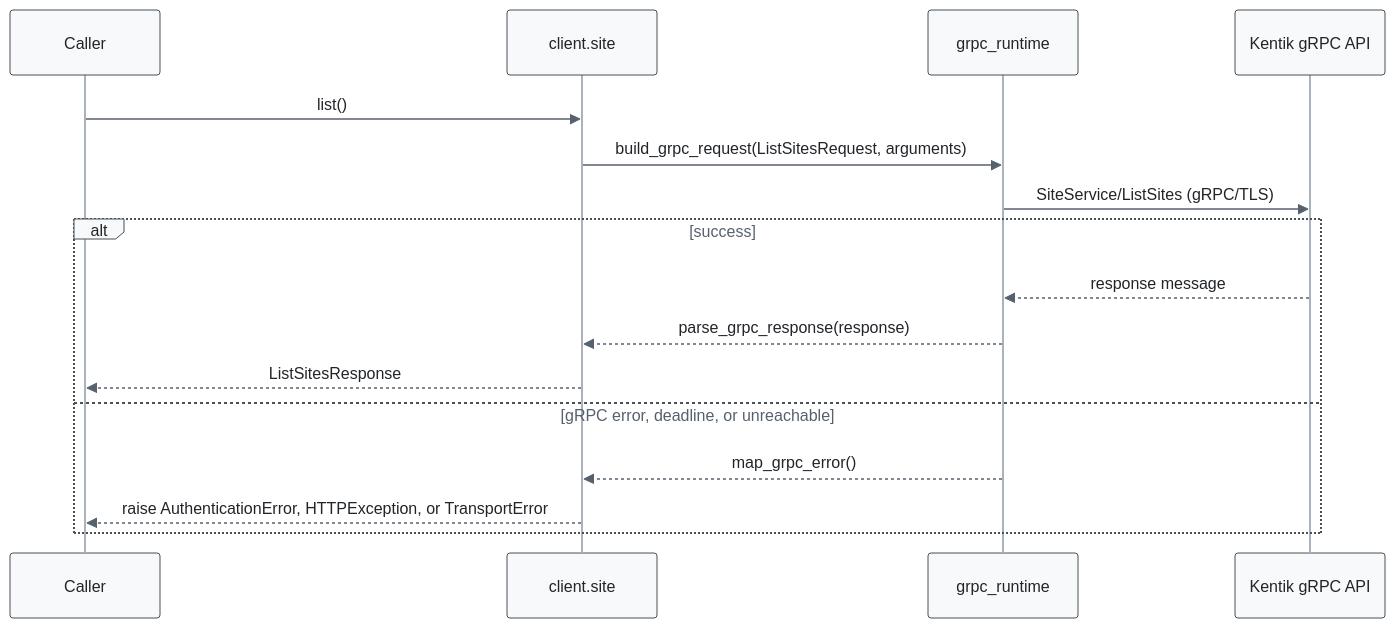
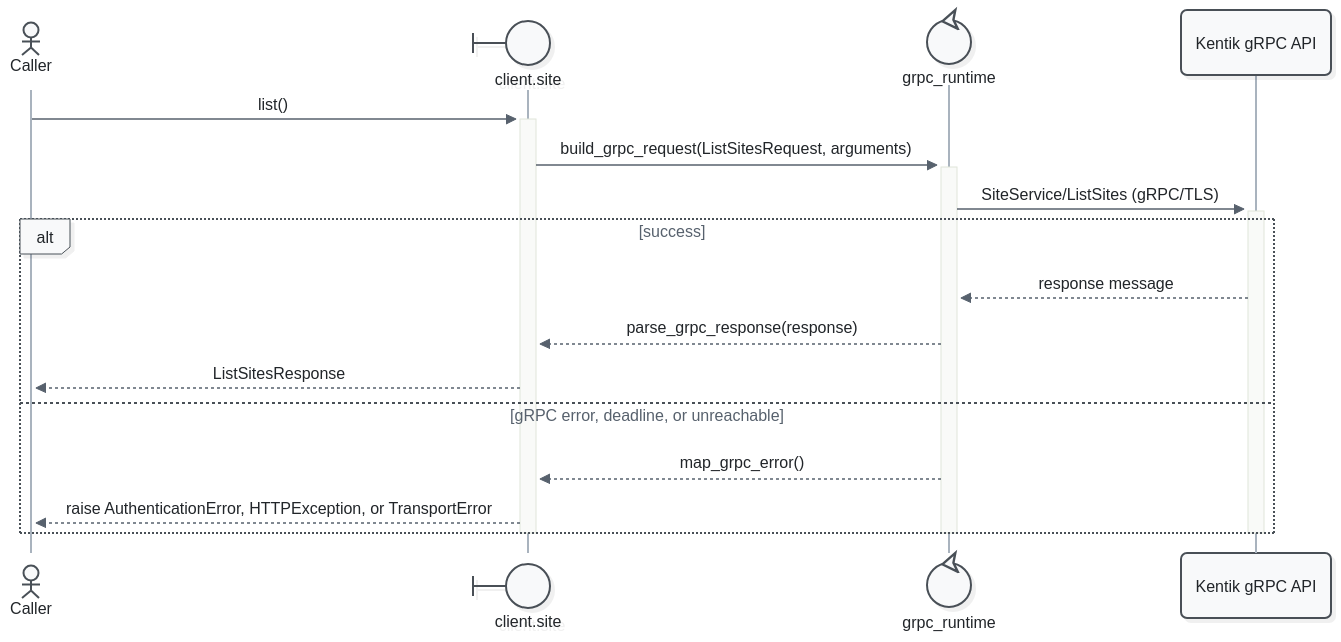
Before and after one commit to alexdearaujo/community_sdk_python: diagram 12 of 21 in docs/sphinx/services/site.md, drawn with Mermaid. The commit also changed other lines of this file and 52 other files, not shown here.

First line of the commit message:
docs: Mermaid 12 sequence diagrams with participant types and path colors

````diff
--- a/docs/sphinx/services/site.md
+++ b/docs/sphinx/services/site.md
@@ -441,20 +468,23 @@
 ```mermaid
-%%{init: {"theme": "base", "fontFamily": "ui-monospace, SFMono-Regular, Menlo, monospace", "themeVariables": {"fontFamily": "ui-monospace, SFMono-Regular, Menlo, monospace", "primaryColor": "#f8f9fa", "primaryBorderColor": "#495057", "primaryTextColor": "#212529", "textColor": "#212529", "lineColor": "#77818c", "edgeLabelBackground": "#ffffff", "actorBkg": "#f8f9fa", "actorBorder": "#495057", "actorTextColor": "#212529", "actorLineColor": "#a9b3be", "signalColor": "#57616d", "signalTextColor": "#212529", "labelBoxBkgColor": "#f8f9fa", "labelBoxBorderColor": "#495057", "labelTextColor": "#212529", "loopTextColor": "#57616d", "noteBkgColor": "#fff9db", "noteBorderColor": "#f08c00", "noteTextColor": "#a35a00"}, "flowchart": {"curve": "step", "nodeSpacing": 30, "rankSpacing": 70, "wrappingWidth": 400}}}%%
+%%{init: {"theme": "redux", "look": "neo", "layout": "dagre", "fontFamily": "ui-monospace, SFMono-Regular, Menlo, monospace", "themeVariables": {"fontFamily": "ui-monospace, SFMono-Regular, Menlo, monospace", "primaryColor": "#f8f9fa", "primaryBorderColor": "#495057", "primaryTextColor": "#212529", "textColor": "#212529", "lineColor": "#77818c", "edgeLabelBackground": "#ffffff", "actorBkg": "#f8f9fa", "actorBorder": "#495057", "actorTextColor": "#212529", "actorLineColor": "#a9b3be", "signalColor": "#57616d", "signalTextColor": "#212529", "labelBoxBkgColor": "#f8f9fa", "labelBoxBorderColor": "#495057", "labelTextColor": "#212529", "loopTextColor": "#57616d", "noteBkgColor": "#fff9db", "noteBorderColor": "#f08c00", "noteTextColor": "#a35a00"}, "sequence": {"activationWidth": 16}, "flowchart": {"curve": "step", "nodeSpacing": 30, "rankSpacing": 70, "wrappingWidth": 400}}}%%
 sequenceDiagram
-    participant C as Caller
-    participant W as client.site
-    participant R as grpc_runtime
+    actor C as Caller
+    participant W@{ "type": "boundary" } as client.site
+    participant R@{ "type": "control" } as grpc_runtime
     participant API as Kentik gRPC API
 
-    C->>W: list()
-    W->>R: build_grpc_request(ListSitesRequest, arguments)
-    R->>API: SiteService/ListSites (gRPC/TLS)
+    C->>+W: list()
+    W->>+R: build_grpc_request(ListSitesRequest, arguments)
+    R->>+API: SiteService/ListSites (gRPC/TLS)
     alt success
         API-->>R: response message
         R-->>W: parse_grpc_response(response)
         W-->>C: ListSitesResponse
     else gRPC error, deadline, or unreachable
         R-->>W: map_grpc_error()
         W-->>C: raise AuthenticationError, HTTPException, or TransportError
     end
+    deactivate API
+    deactivate R
+    deactivate W
 ```
````
